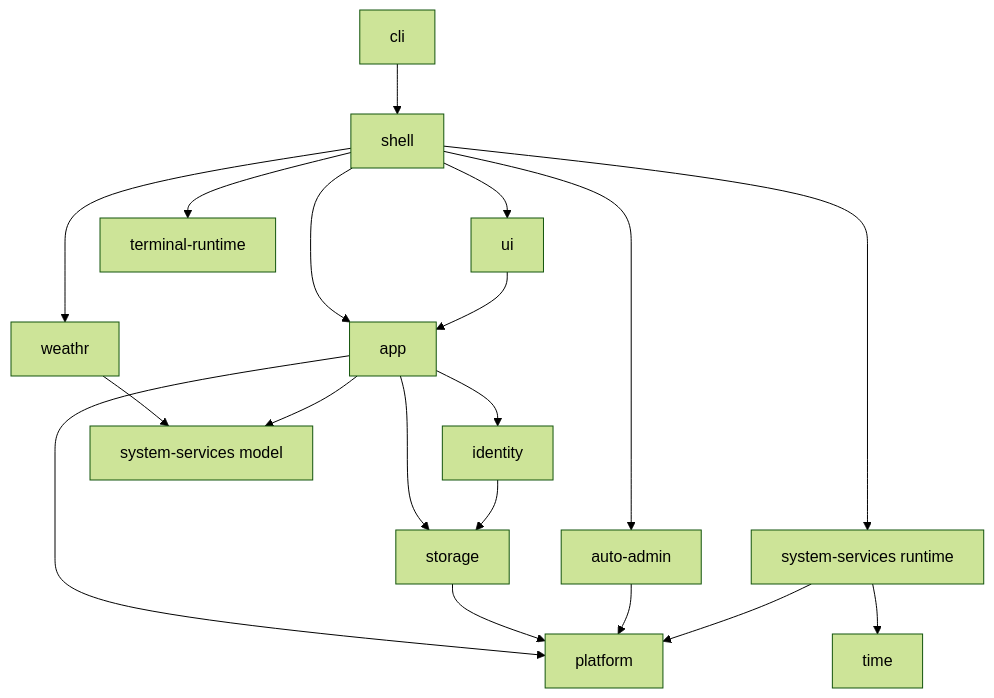
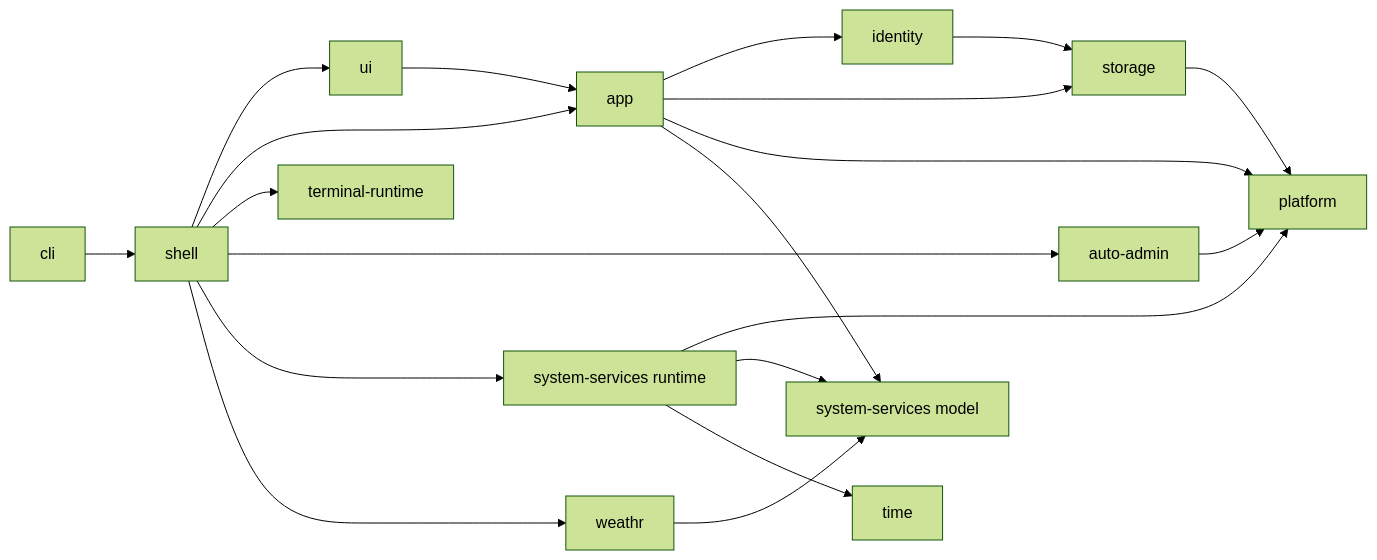
The second of 2 diagrams in docs/README-TECHNICAL.md (peixuanthomas/TundraUX3), drawn with Mermaid (forest theme) before and after one commit. The commit also changed other lines of this file, not shown here.

````diff
--- a/docs/README-TECHNICAL.md
+++ b/docs/README-TECHNICAL.md
@@ -72,21 +64,22 @@
 ```mermaid
-flowchart TD
+flowchart LR
     CLI[cli] --> SHELL[shell]
     SHELL --> UI[ui]
     SHELL --> APP[app]
     SHELL --> TERMINAL[terminal-runtime]
     SHELL --> AA[auto-admin]
     SHELL --> SERVICE[system-services runtime]
-    SHELL --> WEATHER[weathr]
+    SHELL --> WEATHR[weathr]
     UI --> APP
-    APP --> ID[identity]
+    APP --> IDENTITY[identity]
     APP --> STORE[storage]
     APP --> PLATFORM[platform]
-    ID --> STORE
+    IDENTITY --> STORE
     STORE --> PLATFORM
     AA --> PLATFORM
     SERVICE --> PLATFORM
+    SERVICE --> MODEL[system-services model]
     SERVICE --> TIME[time]
-    WEATHER --> MODEL[system-services model]
+    WEATHR --> MODEL
     APP --> MODEL
 ```
````
